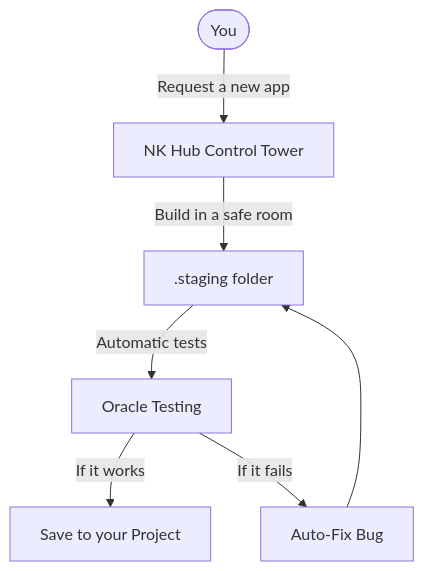
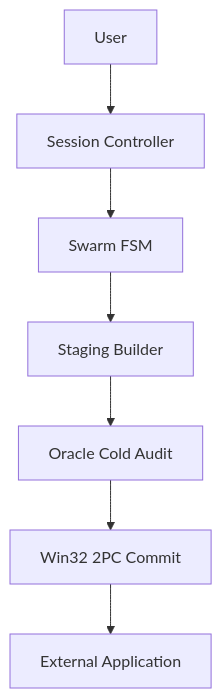
One commit to erbaldo86/NK-Hub changed the first of 2 diagrams in README.md. Above: the diagram before and after it, drawn with Mermaid. The commit also changed other lines of this file and 6 other files, not shown here.

````diff
--- a/README.md
+++ b/README.md
@@ -43,9 +40,9 @@
 ```mermaid
-flowchart TD
-    User([You]) --> |Request a new app| Hub[NK Hub Control Tower]
-    Hub --> |Build in a safe room| Staging[.staging folder]
-    Staging --> |Automatic tests| Oracle[Oracle Testing]
-    Oracle --> |If it works| Save[Save to your Project]
-    Oracle --> |If it fails| Fix[Auto-Fix Bug]
-    Fix --> Staging
+graph TD
+    A[User] --> B[Session Controller]
+    B --> C[Swarm FSM]
+    C --> D[Staging Builder]
+    D --> E[Oracle Cold Audit]
+    E --> F[Win32 2PC Commit]
+    F --> G[External Application]
 ```
````
